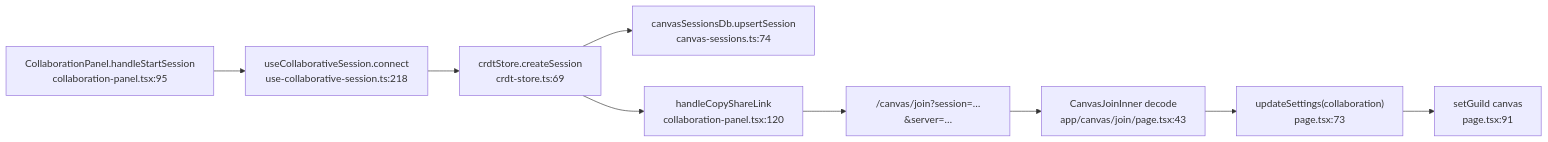
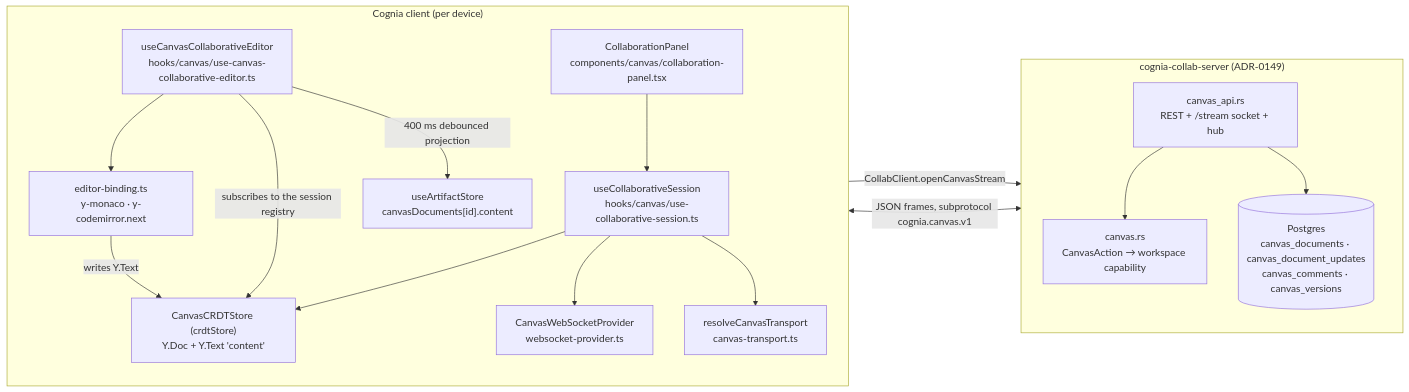
The first of 2 diagrams in docs/content/docs/en/subsystems/canvas/collaboration.mdx (MaxQian888/cognia-next), drawn with Mermaid before and after one commit. The commit also changed other lines of this file and 4 other files, not shown here.

First line of the commit message:
docs: rewrite the sync-system and canvas collaboration pages from current code

````diff
--- a/docs/content/docs/en/subsystems/canvas/collaboration.mdx
+++ b/docs/content/docs/en/subsystems/canvas/collaboration.mdx
@@ -103,15 +32,34 @@
 ```mermaid
 flowchart LR
-  START["CollaborationPanel.handleStartSession<br/>collaboration-panel.tsx:95"]
-  CONNECT["useCollaborativeSession.connect<br/>use-collaborative-session.ts:218"]
-  CREATE["crdtStore.createSession<br/>crdt-store.ts:69"]
-  PERSIST["canvasSessionsDb.upsertSession<br/>canvas-sessions.ts:74"]
-  SHARE["handleCopyShareLink<br/>collaboration-panel.tsx:120"]
-  URL["/canvas/join?session=…&server=…"]
-  JOIN["CanvasJoinInner decode<br/>app/canvas/join/page.tsx:43"]
-  SETTINGS["updateSettings(collaboration)<br/>page.tsx:73"]
-  GUILD["setGuild canvas<br/>page.tsx:91"]
+  subgraph Client["Cognia client (per device)"]
+    direction TB
+    Panel["CollaborationPanel<br/>components/canvas/collaboration-panel.tsx"]
+    Session["useCollaborativeSession<br/>hooks/canvas/use-collaborative-session.ts"]
+    Store["CanvasCRDTStore (crdtStore)<br/>Y.Doc + Y.Text 'content'"]
+    EditorHook["useCanvasCollaborativeEditor<br/>hooks/canvas/use-canvas-collaborative-editor.ts"]
+    Binding["editor-binding.ts<br/>y-monaco · y-codemirror.next"]
+    Provider["CanvasWebSocketProvider<br/>websocket-provider.ts"]
+    Transport["resolveCanvasTransport<br/>canvas-transport.ts"]
+    Artifact["useArtifactStore<br/>canvasDocuments[id].content"]
+  end
 
-  START --> CONNECT --> CREATE --> PERSIST
-  CREATE --> SHARE --> URL --> JOIN --> SETTINGS --> GUILD
+  subgraph Plane["cognia-collab-server (ADR-0149)"]
+    direction TB
+    Api["canvas_api.rs<br/>REST + /stream socket + hub"]
+    Caps["canvas.rs<br/>CanvasAction → workspace capability"]
+    PG[("Postgres<br/>canvas_documents · canvas_document_updates<br/>canvas_comments · canvas_versions")]
+  end
+
+  Panel --> Session
+  Session --> Store
+  Session --> Provider
+  Session --> Transport
+  EditorHook -- "subscribes to the session registry" --> Store
+  EditorHook --> Binding
+  Binding -- "writes Y.Text" --> Store
+  EditorHook -- "400 ms debounced projection" --> Artifact
+  Transport -- "CollabClient.openCanvasStream" --> Api
+  Provider <-- "JSON frames, subprotocol cognia.canvas.v1" --> Api
+  Api --> Caps
+  Api --> PG
 ```
````
